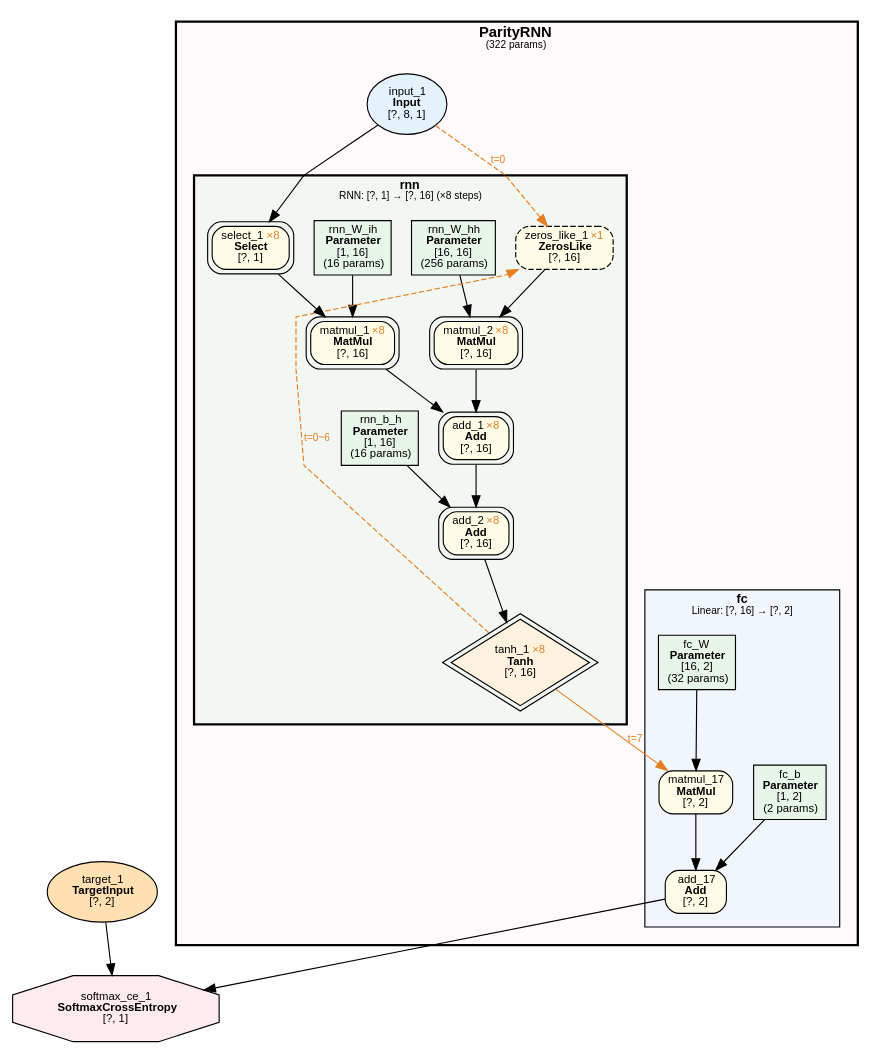
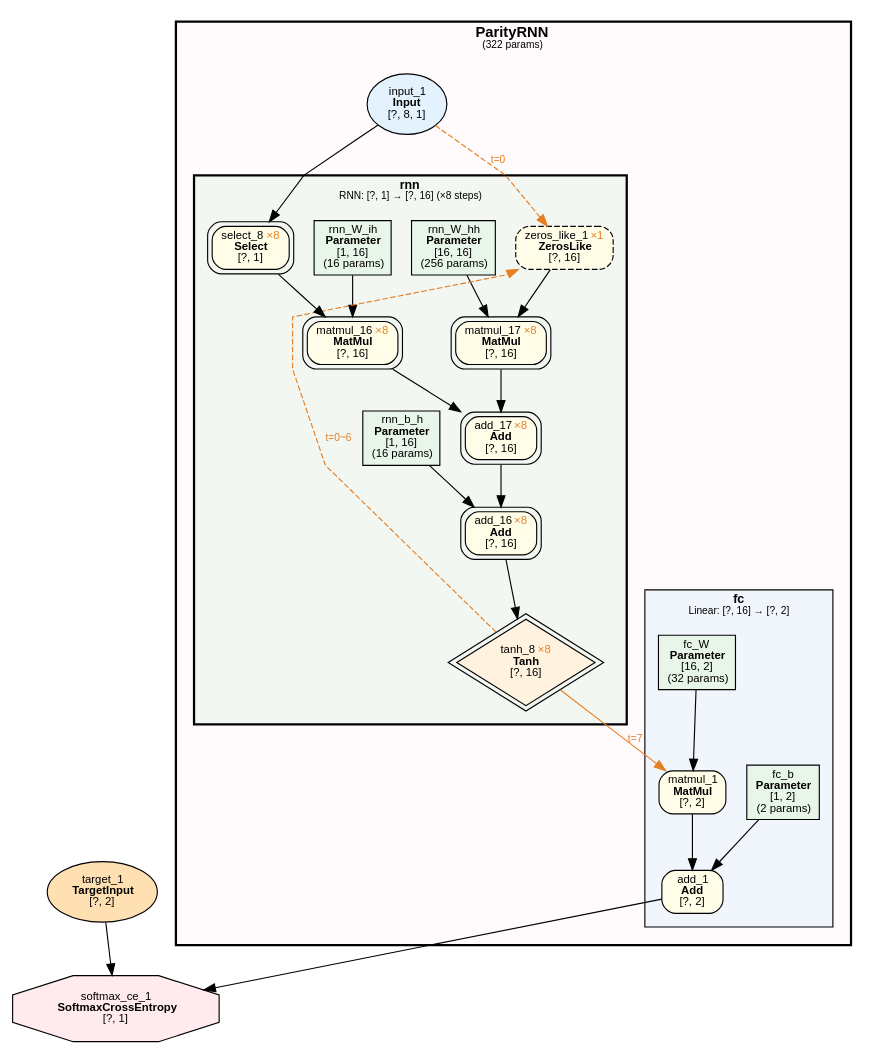
One commit to dbsxdbsx/only_torch changed the diagram in examples/parity_rnn_fixed_len/parity_rnn_fixed_len.dot. Above: the diagram before and after it, drawn with Graphviz. The commit also changed 15 other files, not shown here.

```diff
--- a/examples/parity_rnn_fixed_len/parity_rnn_fixed_len.dot
+++ b/examples/parity_rnn_fixed_len/parity_rnn_fixed_len.dot
@@ -1,74 +1,74 @@
 digraph ComputeGraph {
     rankdir=TB;
     newrank=true;
     splines=polyline;
     node [fontname="Microsoft YaHei,SimHei,Arial"];
     edge [fontname="Microsoft YaHei,SimHei,Arial"];
 
     subgraph cluster_model_ParityRNN {
         label=<<B>ParityRNN</B><BR/><FONT POINT-SIZE="9">(322 params)</FONT>>;
         style="filled,bold";
         fillcolor="#FFEBEE40";
         fontname="Microsoft YaHei,SimHei,Arial";
         fontsize=13;
         margin=16;
 
         subgraph cluster_ParityRNN_fc {
             label=<<B>fc</B><BR/><FONT POINT-SIZE="9">Linear: [?, 16] → [?, 2]</FONT>>;
             style=filled;
             fillcolor="#E3F2FD80";
             fontname="Microsoft YaHei,SimHei,Arial";
             fontsize=11;
             margin=12;
-                "34107" [label=<add_17<BR/><B>Add</B><BR/>[?, 2]> shape=box style="filled,rounded" fillcolor="#FFFDE7" fontsize=10];
-                "34106" [label=<matmul_17<BR/><B>MatMul</B><BR/>[?, 2]> shape=box style="filled,rounded" fillcolor="#FFFDE7" fontsize=10];
+                "2" [label=<add_1<BR/><B>Add</B><BR/>[?, 2]> shape=box style="filled,rounded" fillcolor="#FFFDE7" fontsize=10];
+                "4" [label=<matmul_1<BR/><B>MatMul</B><BR/>[?, 2]> shape=box style="filled,rounded" fillcolor="#FFFDE7" fontsize=10];
                 "5" [label=<fc_b<BR/><B>Parameter</B><BR/>[1, 2]<BR/>(2 params)> shape=box style=filled fillcolor="#E8F5E9" fontsize=10];
-                "4" [label=<fc_W<BR/><B>Parameter</B><BR/>[16, 2]<BR/>(32 params)> shape=box style=filled fillcolor="#E8F5E9" fontsize=10];
+                "7" [label=<fc_W<BR/><B>Parameter</B><BR/>[16, 2]<BR/>(32 params)> shape=box style=filled fillcolor="#E8F5E9" fontsize=10];
         }
 
         subgraph cluster_ParityRNN_rnn {
             label=<<B>rnn</B><BR/><FONT POINT-SIZE="9">RNN: [?, 1] → [?, 16] (×8 steps)</FONT>>;
             style="filled,bold";
             peripheries=3;
             penwidth=2;
             fillcolor="#E8F5E980";
             fontname="Microsoft YaHei,SimHei,Arial";
             fontsize=11;
             margin=12;
-            "3" [label=<rnn_b_h<BR/><B>Parameter</B><BR/>[1, 16]<BR/>(16 params)> shape=box style=filled fillcolor="#E8F5E9" fontsize=10];
-            "1" [label=<rnn_W_ih<BR/><B>Parameter</B><BR/>[1, 16]<BR/>(16 params)> shape=box style=filled fillcolor="#E8F5E9" fontsize=10];
-            "2" [label=<rnn_W_hh<BR/><B>Parameter</B><BR/>[16, 16]<BR/>(256 params)> shape=box style=filled fillcolor="#E8F5E9" fontsize=10];
-            "34063" [label=<tanh_1 <FONT COLOR="#E67E22">×8</FONT><BR/><B>Tanh</B><BR/>[?, 16]> shape=diamond style=filled fillcolor="#FFF3E0" fontsize=10 peripheries=2];
-            "34062" [label=<add_2 <FONT COLOR="#E67E22">×8</FONT><BR/><B>Add</B><BR/>[?, 16]> shape=box style="filled,rounded" fillcolor="#FFFDE7" fontsize=10 peripheries=2];
-            "34061" [label=<add_1 <FONT COLOR="#E67E22">×8</FONT><BR/><B>Add</B><BR/>[?, 16]> shape=box style="filled,rounded" fillcolor="#FFFDE7" fontsize=10 peripheries=2];
-            "34059" [label=<matmul_1 <FONT COLOR="#E67E22">×8</FONT><BR/><B>MatMul</B><BR/>[?, 16]> shape=box style="filled,rounded" fillcolor="#FFFDE7" fontsize=10 peripheries=2];
-            "34060" [label=<matmul_2 <FONT COLOR="#E67E22">×8</FONT><BR/><B>MatMul</B><BR/>[?, 16]> shape=box style="filled,rounded" fillcolor="#FFFDE7" fontsize=10 peripheries=2];
-            "34058" [label=<select_1 <FONT COLOR="#E67E22">×8</FONT><BR/><B>Select</B><BR/>[?, 1]> shape=box style="filled,rounded" fillcolor="#FFFDE7" fontsize=10 peripheries=2];
-            "34057" [label=<zeros_like_1 <FONT COLOR="#E67E22">×1</FONT><BR/><B>ZerosLike</B><BR/>[?, 16]> shape=box style="filled,rounded,dashed" fillcolor="#FFFDE7" fontsize=10];
+            "10" [label=<rnn_b_h<BR/><B>Parameter</B><BR/>[1, 16]<BR/>(16 params)> shape=box style=filled fillcolor="#E8F5E9" fontsize=10];
+            "14" [label=<rnn_W_ih<BR/><B>Parameter</B><BR/>[1, 16]<BR/>(16 params)> shape=box style=filled fillcolor="#E8F5E9" fontsize=10];
+            "16" [label=<rnn_W_hh<BR/><B>Parameter</B><BR/>[16, 16]<BR/>(256 params)> shape=box style=filled fillcolor="#E8F5E9" fontsize=10];
+            "53" [label=<tanh_8 <FONT COLOR="#E67E22">×8</FONT><BR/><B>Tanh</B><BR/>[?, 16]> shape=diamond style=filled fillcolor="#FFF3E0" fontsize=10 peripheries=2];
+            "54" [label=<add_16 <FONT COLOR="#E67E22">×8</FONT><BR/><B>Add</B><BR/>[?, 16]> shape=box style="filled,rounded" fillcolor="#FFFDE7" fontsize=10 peripheries=2];
+            "55" [label=<add_17 <FONT COLOR="#E67E22">×8</FONT><BR/><B>Add</B><BR/>[?, 16]> shape=box style="filled,rounded" fillcolor="#FFFDE7" fontsize=10 peripheries=2];
+            "56" [label=<matmul_16 <FONT COLOR="#E67E22">×8</FONT><BR/><B>MatMul</B><BR/>[?, 16]> shape=box style="filled,rounded" fillcolor="#FFFDE7" fontsize=10 peripheries=2];
+            "57" [label=<matmul_17 <FONT COLOR="#E67E22">×8</FONT><BR/><B>MatMul</B><BR/>[?, 16]> shape=box style="filled,rounded" fillcolor="#FFFDE7" fontsize=10 peripheries=2];
+            "58" [label=<select_8 <FONT COLOR="#E67E22">×8</FONT><BR/><B>Select</B><BR/>[?, 1]> shape=box style="filled,rounded" fillcolor="#FFFDE7" fontsize=10 peripheries=2];
+            "59" [label=<zeros_like_1 <FONT COLOR="#E67E22">×1</FONT><BR/><B>ZerosLike</B><BR/>[?, 16]> shape=box style="filled,rounded,dashed" fillcolor="#FFFDE7" fontsize=10];
         }
 
-        "34056" [label=<input_1<BR/><B>Input</B><BR/>[?, 8, 1]> shape=ellipse style=filled fillcolor="#E3F2FD" fontsize=10];
+        "17" [label=<input_1<BR/><B>Input</B><BR/>[?, 8, 1]> shape=ellipse style=filled fillcolor="#E3F2FD" fontsize=10];
     }
 
-    "34109" [label=<softmax_ce_1<BR/><B>SoftmaxCrossEntropy</B><BR/>[?, 1]> shape=octagon style=filled fillcolor="#FFEBEE" fontsize=10];
-    "34108" [label=<target_1<BR/><B>TargetInput</B><BR/>[?, 2]> shape=ellipse style=filled fillcolor="#FFE0B2" fontsize=10];
+    "1" [label=<softmax_ce_1<BR/><B>SoftmaxCrossEntropy</B><BR/>[?, 1]> shape=octagon style=filled fillcolor="#FFEBEE" fontsize=10];
+    "3" [label=<target_1<BR/><B>TargetInput</B><BR/>[?, 2]> shape=ellipse style=filled fillcolor="#FFE0B2" fontsize=10];
 
-    "34107" -> "34109";
-    "34108" -> "34109";
-    "34106" -> "34107";
-    "5" -> "34107";
-    "34063" -> "34106" [color="#E67E22" label=<t=7> fontcolor="#E67E22" fontsize=9];
-    "4" -> "34106";
-    "34062" -> "34063";
-    "34061" -> "34062";
-    "3" -> "34062";
-    "34059" -> "34061";
-    "34060" -> "34061";
-    "34058" -> "34059";
-    "1" -> "34059";
-    "34057" -> "34060";
-    "2" -> "34060";
-    "34056" -> "34058";
-    "34056" -> "34057" [style=dashed color="#E67E22" label=<t=0> fontcolor="#E67E22" fontsize=9];
-    "34063" -> "34057" [style=dashed color="#E67E22" label=<t=0~6> fontcolor="#E67E22" fontsize=9 constraint=false];
+    "2" -> "1";
+    "3" -> "1";
+    "4" -> "2";
+    "5" -> "2";
+    "53" -> "4" [color="#E67E22" label=<t=7> fontcolor="#E67E22" fontsize=9];
+    "7" -> "4";
+    "54" -> "53";
+    "55" -> "54";
+    "10" -> "54";
+    "56" -> "55";
+    "57" -> "55";
+    "58" -> "56";
+    "14" -> "56";
+    "59" -> "57";
+    "16" -> "57";
+    "17" -> "58";
+    "17" -> "59" [style=dashed color="#E67E22" label=<t=0> fontcolor="#E67E22" fontsize=9];
+    "53" -> "59" [style=dashed color="#E67E22" label=<t=0~6> fontcolor="#E67E22" fontsize=9 constraint=false];
 }
```
